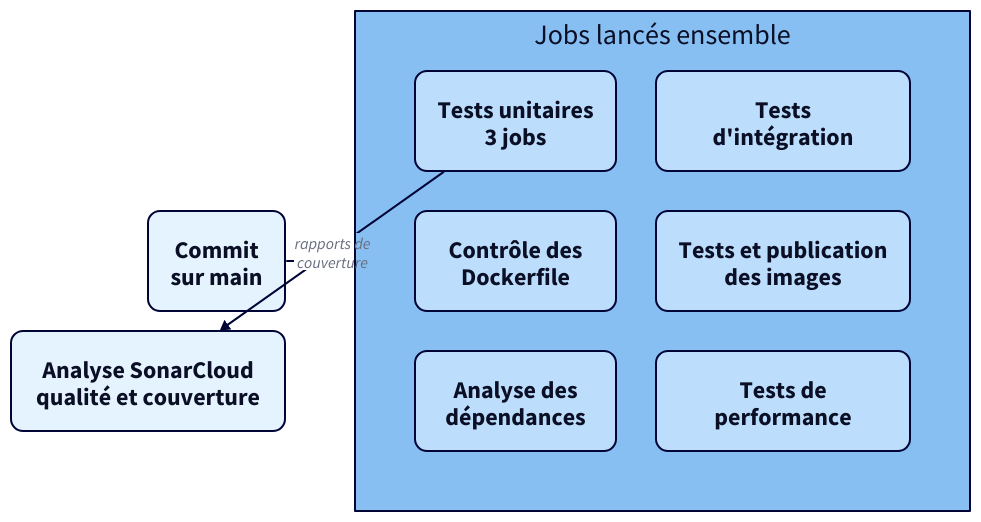
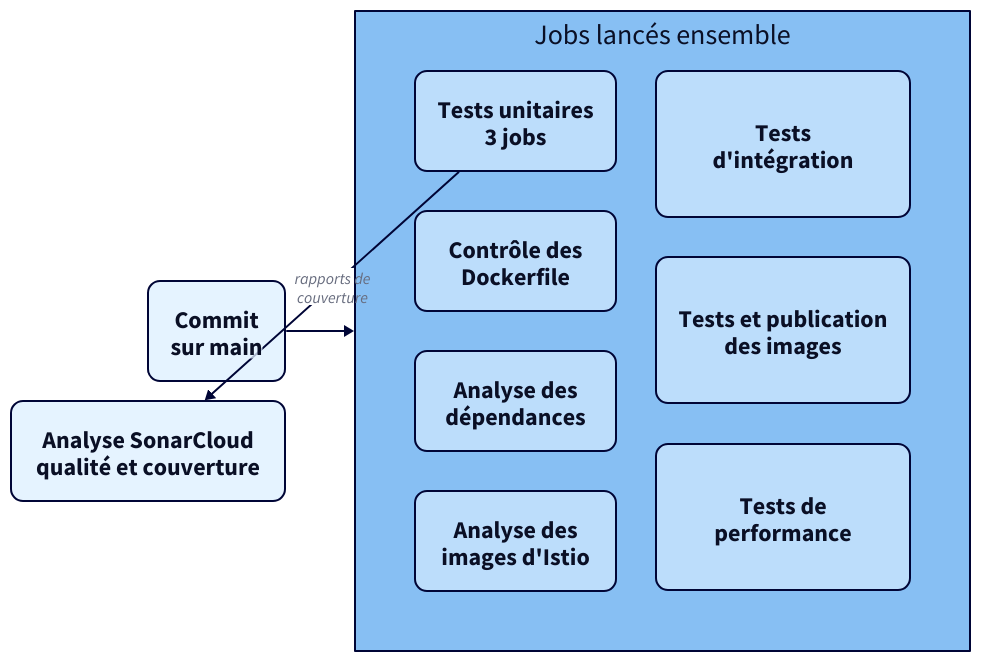
One commit to kitaah/pme changed the diagram in docs/pipeline/index.md. Above: the diagram before and after it, drawn with D2. The commit also changed other lines of this file and 48 other files, not shown here.

````diff
--- a/docs/pipeline/index.md
+++ b/docs/pipeline/index.md
@@ -57,37 +57,38 @@
 ```d2
 vars: {
   d2-config: {
     layout-engine: elk
     theme-id: 5
     pad: 8
   }
 }
 direction: right
 
 # Mise en forme commune : texte lisible à la largeur de la page, angles arrondis
 classes: {
   boite: {
     style: {
       font-size: 24
       border-radius: 12
     }
   }
 }
 
 commit: "Commit\nsur main" {class: boite}
 
 jobs: "Jobs lancés ensemble" {
   grid-columns: 2
   unitaires: "Tests unitaires\n3 jobs" {class: boite}
   hadolint: "Contrôle des\nDockerfile" {class: boite}
   dependances: "Analyse des\ndépendances" {class: boite}
+  istio: "Analyse des\nimages d'Istio" {class: boite}
   integration: "Tests\nd'intégration" {class: boite}
   images: "Tests et publication\ndes images" {class: boite}
   performance: "Tests de\nperformance" {class: boite}
 }
 
 sonar: "Analyse SonarCloud\nqualité et couverture" {class: boite}
 
 commit -> jobs
 jobs.unitaires -> sonar: "rapports de\ncouverture"
 ```
````
